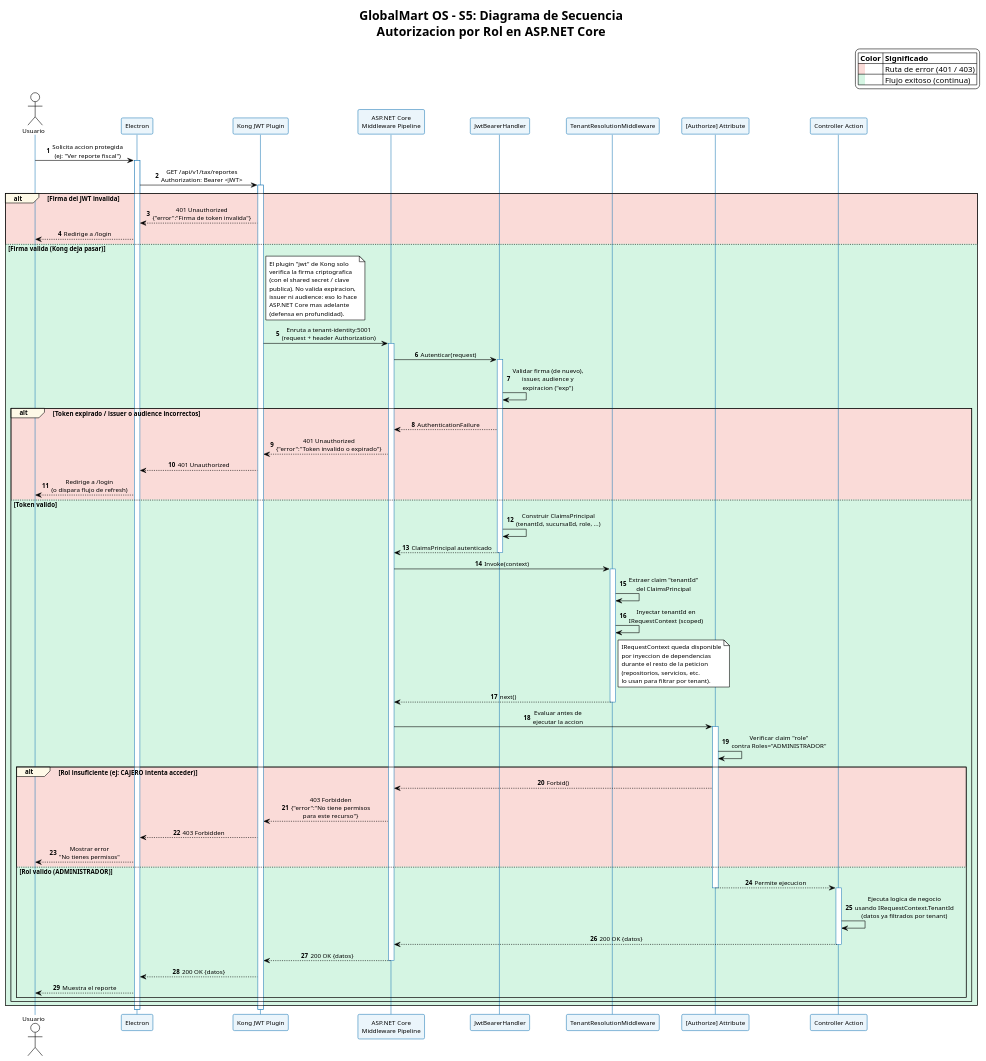
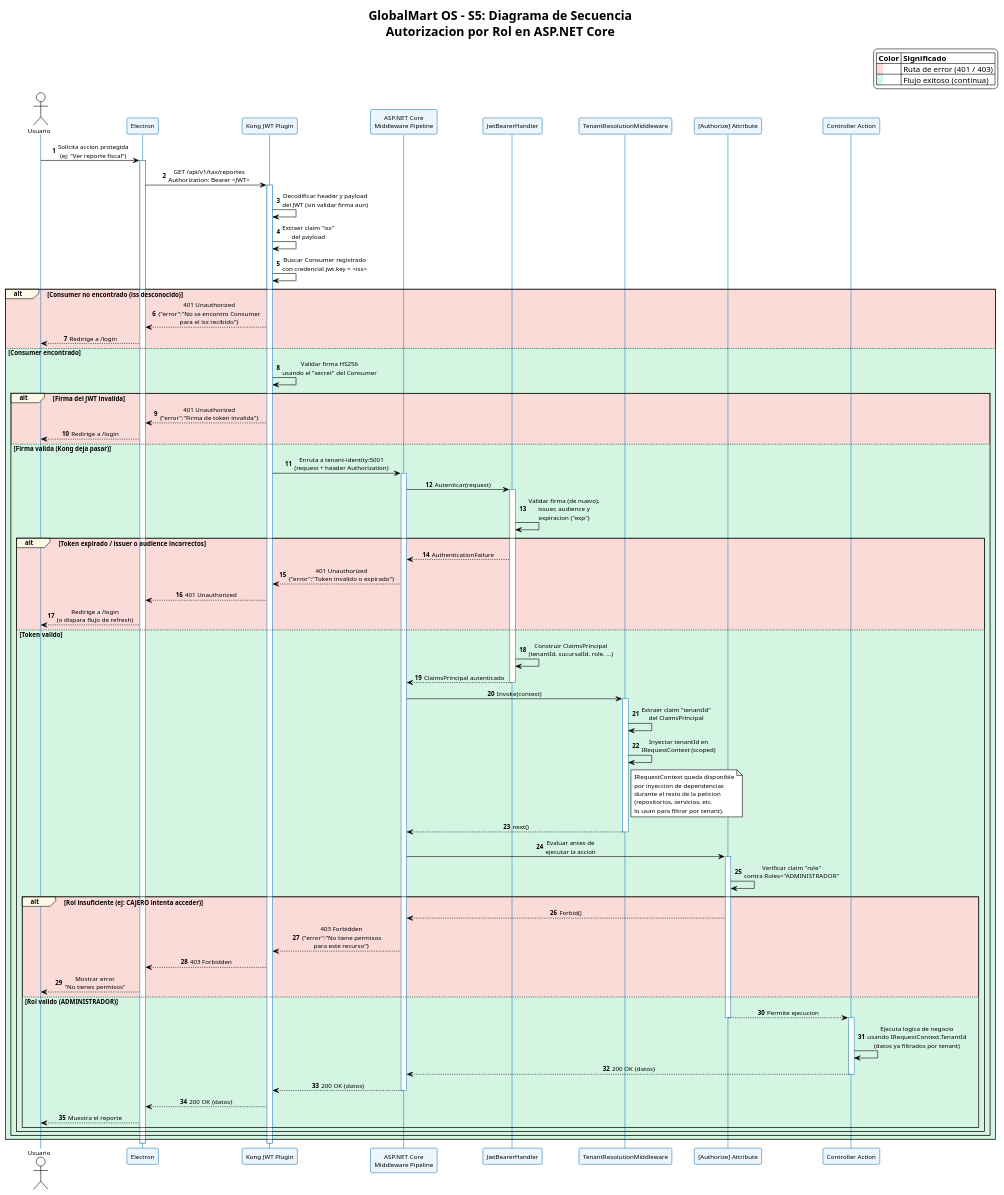
The diagram in diagramas/seba/code/S5_sequence_authorization_pipeline.puml (rpedrazav/TallerIntegracion3), drawn with PlantUML before and after one commit. The commit also changed 3 other files, not shown here.

First line of the commit message:
Actualizacion diagramas S2 y S5

```diff
--- a/diagramas/seba/code/S5_sequence_authorization_pipeline.puml
+++ b/diagramas/seba/code/S5_sequence_authorization_pipeline.puml
@@ -1,121 +1,125 @@
 @startuml S5_Sequence_Authorization_Pipeline
 !theme plain
 skinparam sequenceMessageAlign center
 skinparam defaultFontSize 11
 skinparam defaultFontName Arial
 skinparam sequenceParticipantBackgroundColor #EBF5FB
 skinparam sequenceParticipantBorderColor #2980B9
 skinparam sequenceLifeLineBorderColor #2980B9
 skinparam sequenceGroupBackgroundColor #FEF9E7
 autonumber
 
 title GlobalMart OS - S5: Diagrama de Secuencia\nAutorizacion por Rol en ASP.NET Core
 
 legend top right
   |= Color |= Significado |
   |<back:#FADBD8>   </back>| Ruta de error (401 / 403) |
   |<back:#D5F5E3>   </back>| Flujo exitoso (continua) |
 endlegend
 
 actor "Usuario" as Usuario
 participant "Electron" as Electron
 participant "Kong JWT Plugin" as Kong
 participant "ASP.NET Core\nMiddleware Pipeline" as Pipeline
 participant "JwtBearerHandler" as JwtHandler
 participant "TenantResolutionMiddleware" as TenantMw
 participant "[Authorize] Attribute" as Authorize
 participant "Controller Action" as ControllerAction
 
 Usuario -> Electron : Solicita accion protegida\n(ej: "Ver reporte fiscal")
 activate Electron
 
 Electron -> Kong : GET /api/v1/tax/reportes\nAuthorization: Bearer <JWT>
 activate Kong
 
-alt #FADBD8 Firma del JWT invalida
-  Kong --> Electron : 401 Unauthorized\n{"error":"Firma de token invalida"}
+Kong -> Kong : Decodificar header y payload\ndel JWT (sin validar firma aun)
+Kong -> Kong : Extraer claim "iss"\ndel payload
+
+Kong -> Kong : Buscar Consumer registrado\ncon credencial jwt.key = <iss>
+
+alt #FADBD8 Consumer no encontrado (iss desconocido)
+  Kong --> Electron : 401 Unauthorized\n{"error":"No se encontro Consumer\npara el iss recibido"}
   Electron --> Usuario : Redirige a /login
 
-else #D5F5E3 Firma valida (Kong deja pasar)
+else #D5F5E3 Consumer encontrado
 
-  note right of Kong
-    El plugin "jwt" de Kong solo
-    verifica la firma criptografica
-    (con el shared secret / clave
-    publica). No valida expiracion,
-    issuer ni audience: eso lo hace
-    ASP.NET Core mas adelante
-    (defensa en profundidad).
-  end note
+  Kong -> Kong : Validar firma HS256\nusando el "secret" del Consumer
+
+  alt #FADBD8 Firma del JWT invalida
+    Kong --> Electron : 401 Unauthorized\n{"error":"Firma de token invalida"}
+    Electron --> Usuario : Redirige a /login
+
+  else #D5F5E3 Firma valida (Kong deja pasar)
 
   Kong -> Pipeline : Enruta a tenant-identity:5001\n(request + header Authorization)
   activate Pipeline
 
   Pipeline -> JwtHandler : Autenticar(request)
   activate JwtHandler
 
   JwtHandler -> JwtHandler : Validar firma (de nuevo),\nissuer, audience y\nexpiracion ("exp")
 
   alt #FADBD8 Token expirado / issuer o audience incorrectos
     JwtHandler --> Pipeline : AuthenticationFailure
     Pipeline --> Kong : 401 Unauthorized\n{"error":"Token invalido o expirado"}
     Kong --> Electron : 401 Unauthorized
     Electron --> Usuario : Redirige a /login\n(o dispara flujo de refresh)
 
   else #D5F5E3 Token valido
 
     JwtHandler -> JwtHandler : Construir ClaimsPrincipal\n(tenantId, sucursalId, role, ...)
     JwtHandler --> Pipeline : ClaimsPrincipal autenticado
     deactivate JwtHandler
 
     Pipeline -> TenantMw : Invoke(context)
     activate TenantMw
 
     TenantMw -> TenantMw : Extraer claim "tenantId"\ndel ClaimsPrincipal
     TenantMw -> TenantMw : Inyectar tenantId en\nIRequestContext (scoped)
 
     note right of TenantMw
       IRequestContext queda disponible
       por inyeccion de dependencias
       durante el resto de la peticion
       (repositorios, servicios, etc.
       lo usan para filtrar por tenant).
     end note
 
     TenantMw --> Pipeline : next()
     deactivate TenantMw
 
     Pipeline -> Authorize : Evaluar antes de\nejecutar la accion
 
     activate Authorize
     Authorize -> Authorize : Verificar claim "role"\ncontra Roles="ADMINISTRADOR"
 
     alt #FADBD8 Rol insuficiente (ej: CAJERO intenta acceder)
       Authorize --> Pipeline : Forbid()
       Pipeline --> Kong : 403 Forbidden\n{"error":"No tiene permisos\npara este recurso"}
       Kong --> Electron : 403 Forbidden
       Electron --> Usuario : Mostrar error\n"No tienes permisos"
 
     else #D5F5E3 Rol valido (ADMINISTRADOR)
 
       Authorize --> ControllerAction : Permite ejecucion
       deactivate Authorize
       activate ControllerAction
 
       ControllerAction -> ControllerAction : Ejecuta logica de negocio\nusando IRequestContext.TenantId\n(datos ya filtrados por tenant)
 
       ControllerAction --> Pipeline : 200 OK {datos}
       deactivate ControllerAction
 
       Pipeline --> Kong : 200 OK {datos}
       deactivate Pipeline
       Kong --> Electron : 200 OK {datos}
       Electron --> Usuario : Muestra el reporte
     end
   end
 end
+end
 
 deactivate Kong
 deactivate Electron
 
 @enduml
```
